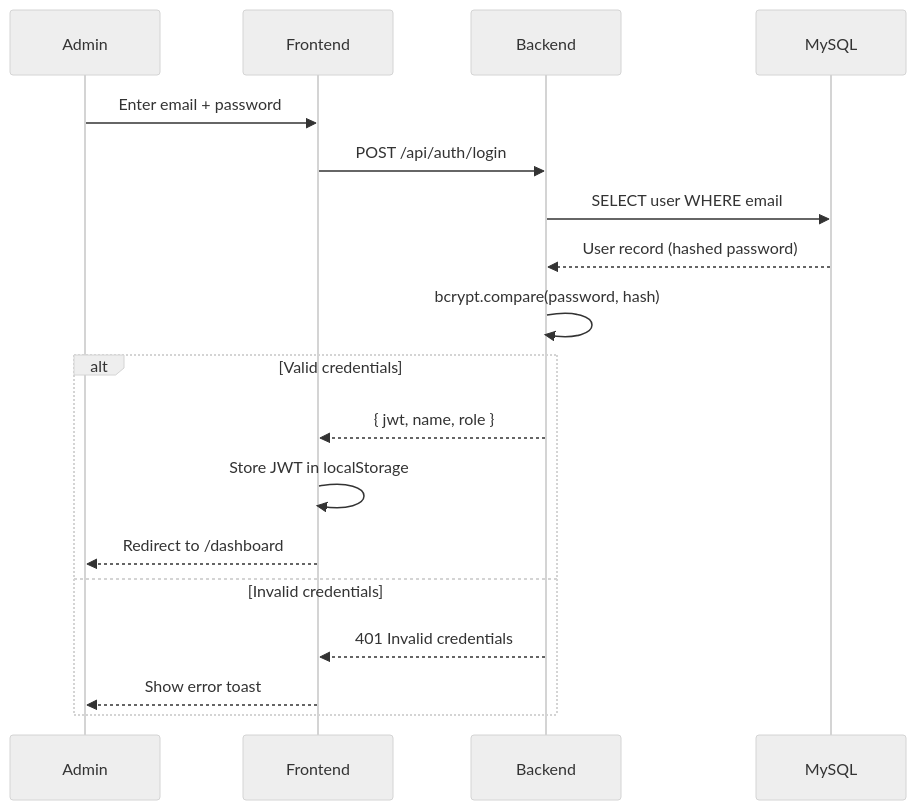
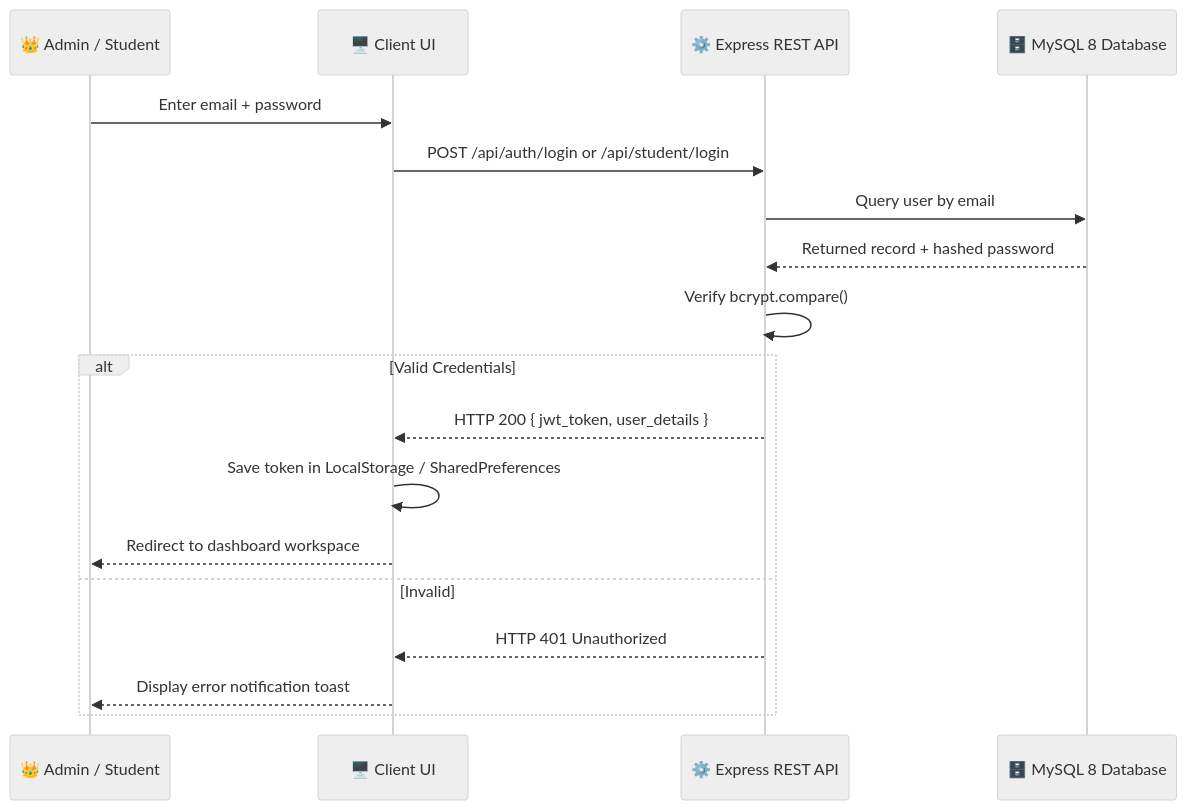
One commit to Vinothkumar0311/e-learning changed the third of 7 diagrams in README.md. Above: the diagram before and after it, drawn with Mermaid (neutral theme). The commit also changed other lines of this file and 33 other files, not shown here.

````diff
--- a/README.md
+++ b/README.md
@@ -279,21 +221,21 @@
 ```mermaid
 sequenceDiagram
-    participant Admin
-    participant Frontend
-    participant Backend
-    participant MySQL
+    participant User as 👑 Admin / Student
+    participant UI as 🖥️ Client UI
+    participant Backend as ⚙️ Express REST API
+    participant MySQL as 🗄️ MySQL 8 Database
 
-    Admin->>Frontend: Enter email + password
-    Frontend->>Backend: POST /api/auth/login
-    Backend->>MySQL: SELECT user WHERE email
-    MySQL-->>Backend: User record (hashed password)
-    Backend->>Backend: bcrypt.compare(password, hash)
-    alt Valid credentials
-        Backend-->>Frontend: { jwt, name, role }
-        Frontend->>Frontend: Store JWT in localStorage
-        Frontend-->>Admin: Redirect to /dashboard
-    else Invalid credentials
-        Backend-->>Frontend: 401 Invalid credentials
-        Frontend-->>Admin: Show error toast
+    User->>UI: Enter email + password
+    UI->>Backend: POST /api/auth/login or /api/student/login
+    Backend->>MySQL: Query user by email
+    MySQL-->>Backend: Returned record + hashed password
+    Backend->>Backend: Verify bcrypt.compare()
+    alt Valid Credentials
+        Backend-->>UI: HTTP 200 { jwt_token, user_details }
+        UI->>UI: Save token in LocalStorage / SharedPreferences
+        UI-->>User: Redirect to dashboard workspace
+    else Invalid
+        Backend-->>UI: HTTP 401 Unauthorized
+        UI-->>User: Display error notification toast
     end
 ```
````
